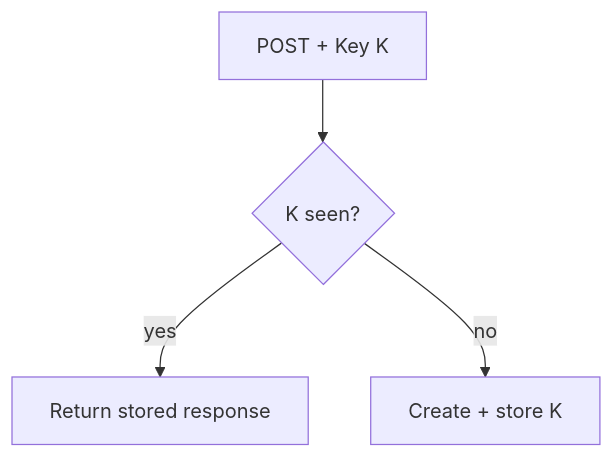
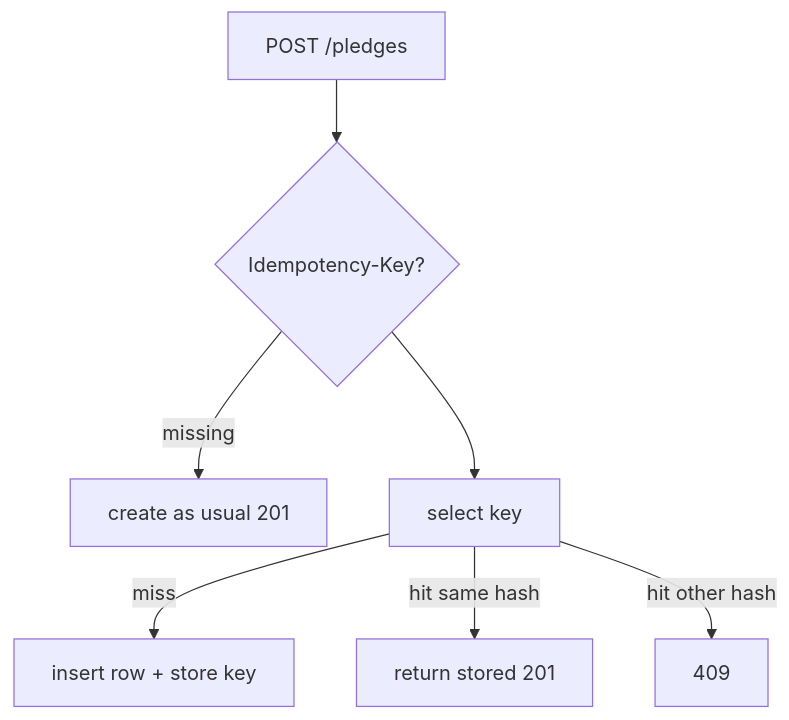
Before and after one commit to SuperPower-ai/StackOneRTM: the diagram in textbook/month-11/week-04/day-04.md, drawn with Mermaid. The commit also changed other lines of this file and 3 other files, not shown here.

````diff
--- a/textbook/month-11/week-04/day-04.md
+++ b/textbook/month-11/week-04/day-04.md
@@ -19,6 +31,9 @@
 ```mermaid
 flowchart TB
-  POST[POST + Key K] --> HIT{K seen?}
-  HIT -->|yes| REPLAY[Return stored response]
-  HIT -->|no| WORK[Create + store K]
+  POST[POST /pledges] --> KEY{Idempotency-Key?}
+  KEY -->|missing| NEW[create as usual 201]
+  KEY --> LOOK[select key]
+  LOOK -->|miss| INS[insert row + store key]
+  LOOK -->|hit same hash| REPLAY[return stored 201]
+  LOOK -->|hit other hash| C409[409]
 ```
````
